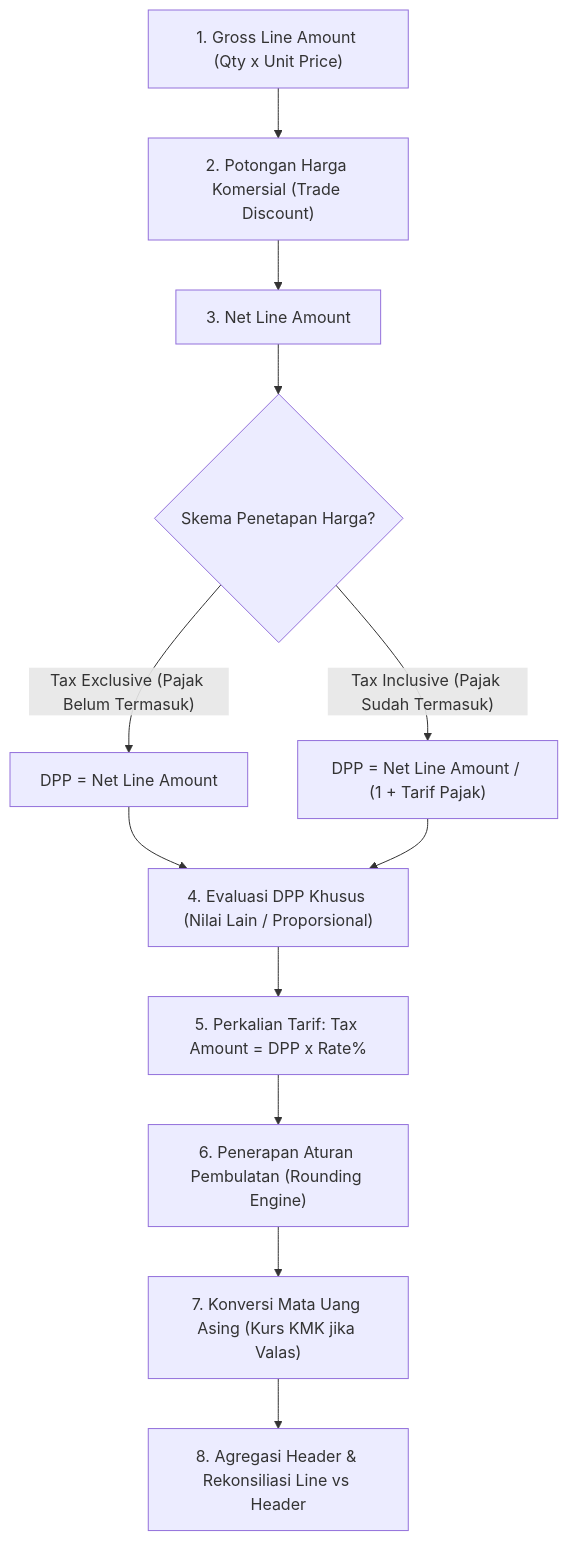
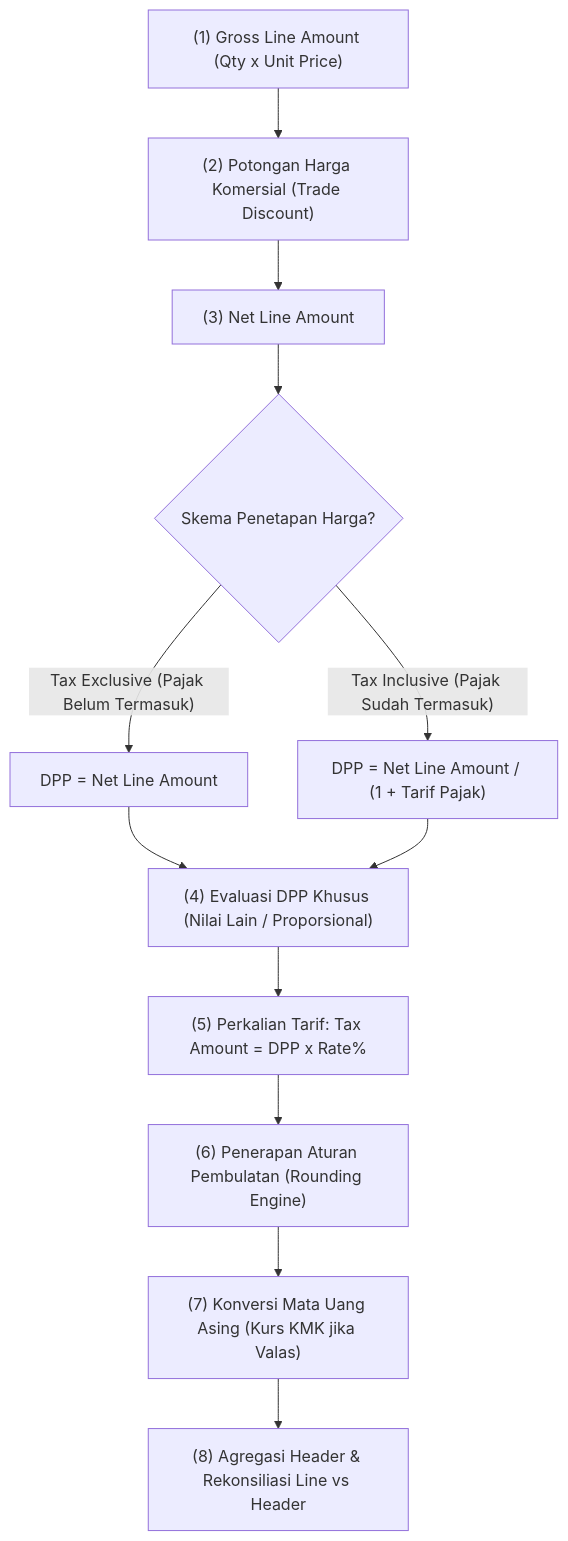
The diagram in content/11-tax/taxable-base-and-tax-calculation.md (alimurrofid/erp-notes), drawn with Mermaid before and after one commit. The commit also changed 132 other files, not shown here.

````diff
--- a/content/11-tax/taxable-base-and-tax-calculation.md
+++ b/content/11-tax/taxable-base-and-tax-calculation.md
@@ -35,14 +35,14 @@
 ```mermaid
 flowchart TD
-    A["1. Gross Line Amount (Qty x Unit Price)"] --> B["2. Potongan Harga Komersial (Trade Discount)"]
-    B --> C["3. Net Line Amount"]
+    A["(1) Gross Line Amount (Qty x Unit Price)"] --> B["(2) Potongan Harga Komersial (Trade Discount)"]
+    B --> C["(3) Net Line Amount"]
     C --> D{"Skema Penetapan Harga?"}
     D -- "Tax Exclusive (Pajak Belum Termasuk)" --> E1["DPP = Net Line Amount"]
     D -- "Tax Inclusive (Pajak Sudah Termasuk)" --> E2["DPP = Net Line Amount / (1 + Tarif Pajak)"]
-    E1 --> F["4. Evaluasi DPP Khusus (Nilai Lain / Proporsional)"]
+    E1 --> F["(4) Evaluasi DPP Khusus (Nilai Lain / Proporsional)"]
     E2 --> F
-    F --> G["5. Perkalian Tarif: Tax Amount = DPP x Rate%"]
-    G --> H["6. Penerapan Aturan Pembulatan (Rounding Engine)"]
-    H --> I["7. Konversi Mata Uang Asing (Kurs KMK jika Valas)"]
-    I --> J["8. Agregasi Header & Rekonsiliasi Line vs Header"]
+    F --> G["(5) Perkalian Tarif: Tax Amount = DPP x Rate%"]
+    G --> H["(6) Penerapan Aturan Pembulatan (Rounding Engine)"]
+    H --> I["(7) Konversi Mata Uang Asing (Kurs KMK jika Valas)"]
+    I --> J["(8) Agregasi Header & Rekonsiliasi Line vs Header"]
 ```
````
